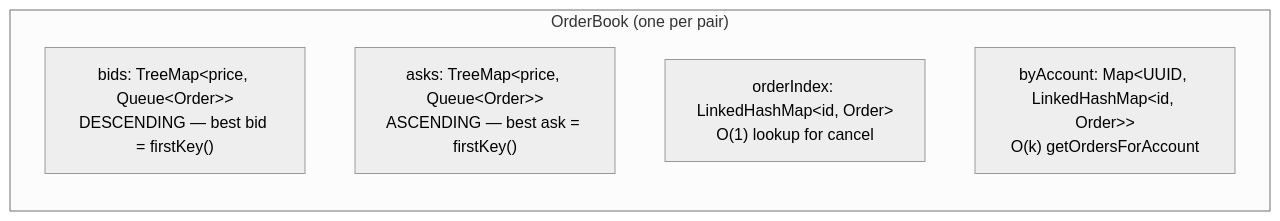
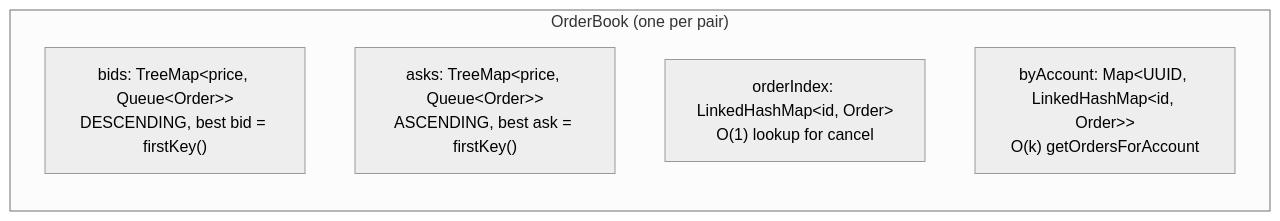
The first of 3 diagrams in 02-matching-engine.md (mc139/fx-oee-docs), drawn with Mermaid (neutral theme) before and after one commit. The commit also changed other lines of this file and 21 other files, not shown here.

````diff
--- a/02-matching-engine.md
+++ b/02-matching-engine.md
@@ -12,9 +12,9 @@
 ```mermaid
 flowchart LR
     subgraph book["OrderBook (one per pair)"]
-        bids["bids: TreeMap&lt;price, Queue&lt;Order&gt;&gt;<br/>DESCENDING — best bid = firstKey()"]
-        asks["asks: TreeMap&lt;price, Queue&lt;Order&gt;&gt;<br/>ASCENDING — best ask = firstKey()"]
+        bids["bids: TreeMap&lt;price, Queue&lt;Order&gt;&gt;<br/>DESCENDING, best bid = firstKey()"]
+        asks["asks: TreeMap&lt;price, Queue&lt;Order&gt;&gt;<br/>ASCENDING, best ask = firstKey()"]
         idx["orderIndex: LinkedHashMap&lt;id, Order&gt;<br/>O(1) lookup for cancel"]
         byacct["byAccount: Map&lt;UUID, LinkedHashMap&lt;id, Order&gt;&gt;<br/>O(k) getOrdersForAccount"]
     end
 ```
````
